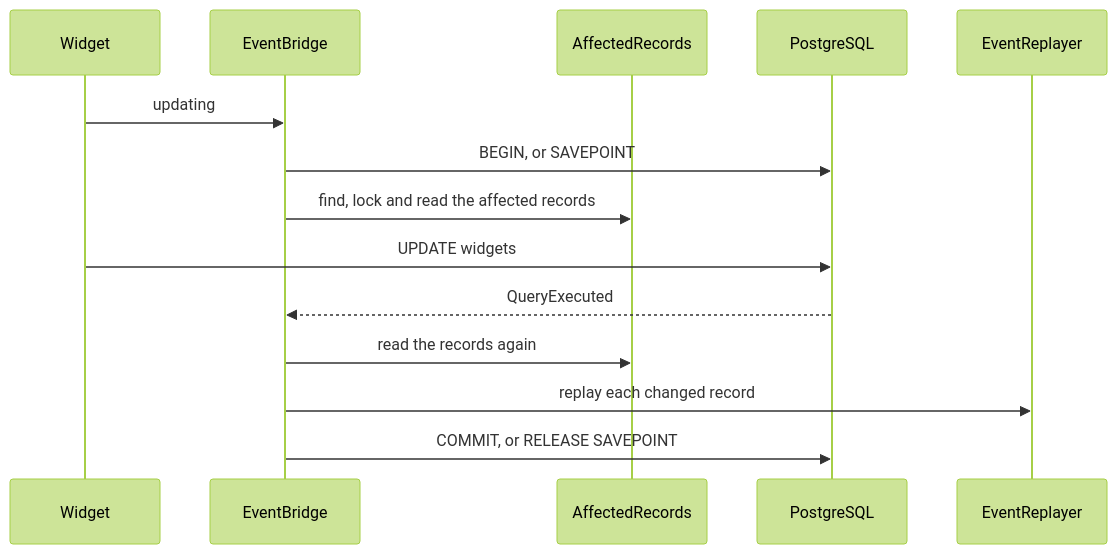
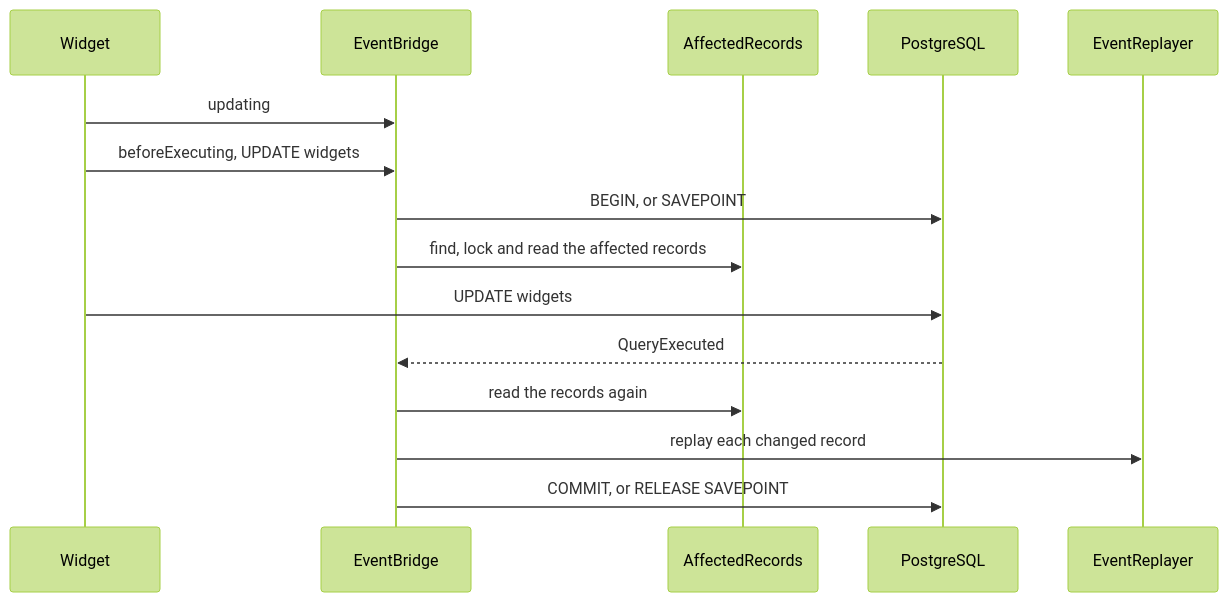
One commit to AryeoHQ/eloquent-compatibility changed the diagram in docs/flows/mirroring-a-write.md. Above: the diagram before and after it, drawn with Mermaid (forest theme). The commit also changed other lines of this file and 45 other files, not shown here.

````diff
--- a/docs/flows/mirroring-a-write.md
+++ b/docs/flows/mirroring-a-write.md
@@ -5,16 +5,17 @@
 ```mermaid
 sequenceDiagram
   participant Widget
   participant Bridge as EventBridge
   participant Records as AffectedRecords
   participant Database as PostgreSQL
   participant Replayer as EventReplayer
   Widget->>Bridge: updating
+  Widget->>Bridge: beforeExecuting, UPDATE widgets
   Bridge->>Database: BEGIN, or SAVEPOINT
   Bridge->>Records: find, lock and read the affected records
   Widget->>Database: UPDATE widgets
   Database-->>Bridge: QueryExecuted
   Bridge->>Records: read the records again
   Bridge->>Replayer: replay each changed record
   Bridge->>Database: COMMIT, or RELEASE SAVEPOINT
 ```
````
